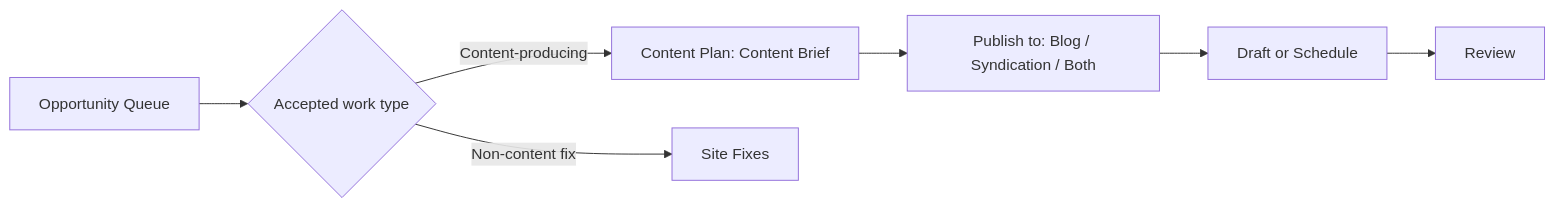
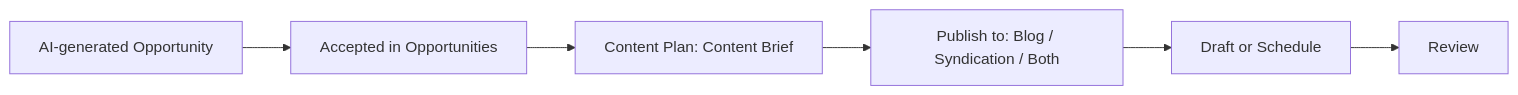
The second of 2 diagrams in docs/PRD-CiteLoop-Content-Plan-Brief-First-Redesign.md (bugfreev587/citeloop), drawn with Mermaid before and after one commit. The commit also changed other lines of this file and 2 other files, not shown here.

Commit message:
docs: make Doctor and Opportunities the only work sources

````diff
--- a/docs/PRD-CiteLoop-Content-Plan-Brief-First-Redesign.md
+++ b/docs/PRD-CiteLoop-Content-Plan-Brief-First-Redesign.md
@@ -397,9 +421,8 @@
 ```mermaid
 flowchart LR
-  A["Opportunity Queue"] --> B{"Accepted work type"}
-  B -->|"Content-producing"| C["Content Plan: Content Brief"]
-  B -->|"Non-content fix"| D["Site Fixes"]
+  A["AI-generated Opportunity"] --> B["Accepted in Opportunities"]
+  B --> C["Content Plan: Content Brief"]
   C --> E["Publish to: Blog / Syndication / Both"]
   E --> F["Draft or Schedule"]
   F --> G["Review"]
 ```
````
